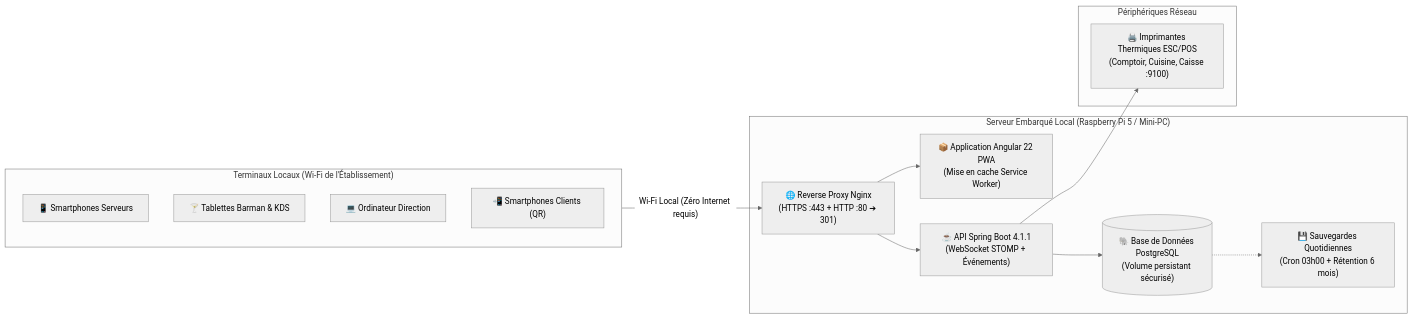
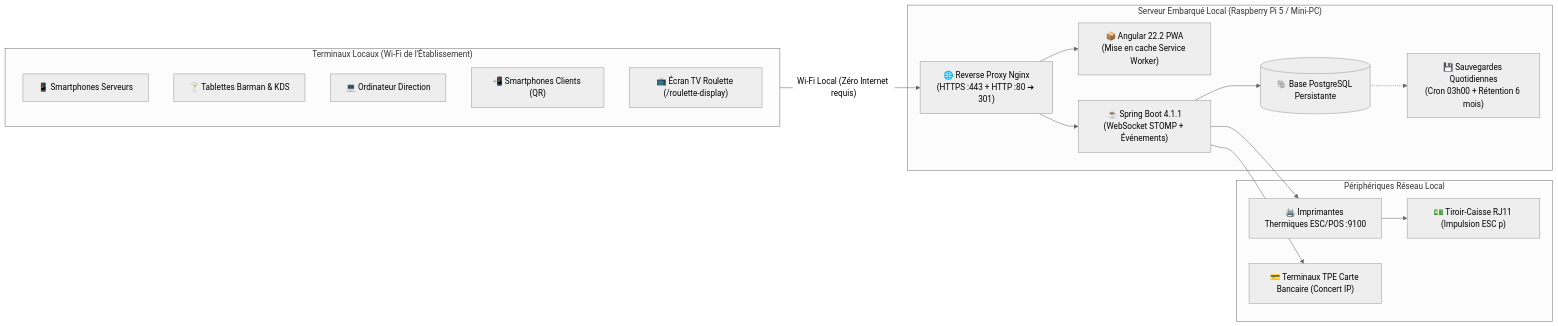
Before and after one commit to FunWarry/Open-Bar: the fifth of 5 diagrams in README.md, drawn with Mermaid (neutral theme). The commit also changed other lines of this file and 8 other files, not shown here.

````diff
--- a/README.md
+++ b/README.md
@@ -228,28 +245,33 @@
 ```mermaid
 flowchart LR
     subgraph Clients ["Terminaux Locaux (Wi-Fi de l'Établissement)"]
         T1["📱 Smartphones Serveurs"]
         T2["🍸 Tablettes Barman & KDS"]
         T3["💻 Ordinateur Direction"]
         T4["📲 Smartphones Clients (QR)"]
+        T5["📺 Écran TV Roulette (/roulette-display)"]
     end
 
     subgraph ServeurLocal ["Serveur Embarqué Local (Raspberry Pi 5 / Mini-PC)"]
         Nginx["🌐 Reverse Proxy Nginx\n(HTTPS :443 + HTTP :80 ➔ 301)"]
-        PWA["📦 Application Angular 22 PWA\n(Mise en cache Service Worker)"]
-        Backend["☕ API Spring Boot 4.1.1\n(WebSocket STOMP + Événements)"]
-        Postgres[("🐘 Base de Données PostgreSQL\n(Volume persistant sécurisé)")]
+        PWA["📦 Angular 22.2 PWA\n(Mise en cache Service Worker)"]
+        Backend["☕ Spring Boot 4.1.1\n(WebSocket STOMP + Événements)"]
+        Postgres[("🐘 Base PostgreSQL Persistante")]
         Backup["💾 Sauvegardes Quotidiennes\n(Cron 03h00 + Rétention 6 mois)"]
     end
 
-    subgraph Peripheriques ["Périphériques Réseau"]
-        Printers["🖨️ Imprimantes Thermiques ESC/POS\n(Comptoir, Cuisine, Caisse :9100)"]
+    subgraph Peripheriques ["Périphériques Réseau Local"]
+        Printers["🖨️ Imprimantes Thermiques ESC/POS :9100"]
+        TPE["💳 Terminaux TPE Carte Bancaire (Concert IP)"]
+        Drawer["💵 Tiroir-Caisse RJ11 (Impulsion ESC p)"]
     end
 
     Clients -->|"Wi-Fi Local (Zéro Internet requis)"| Nginx
     Nginx --> PWA
     Nginx --> Backend
     Backend --> Postgres
     Backend --> Printers
+    Backend --> TPE
+    Printers --> Drawer
     Postgres -.-> Backup
 ```
````
